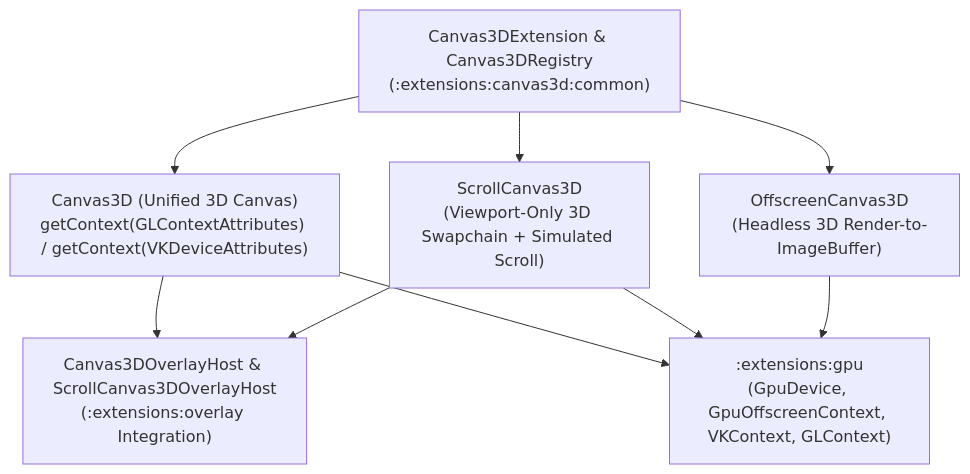
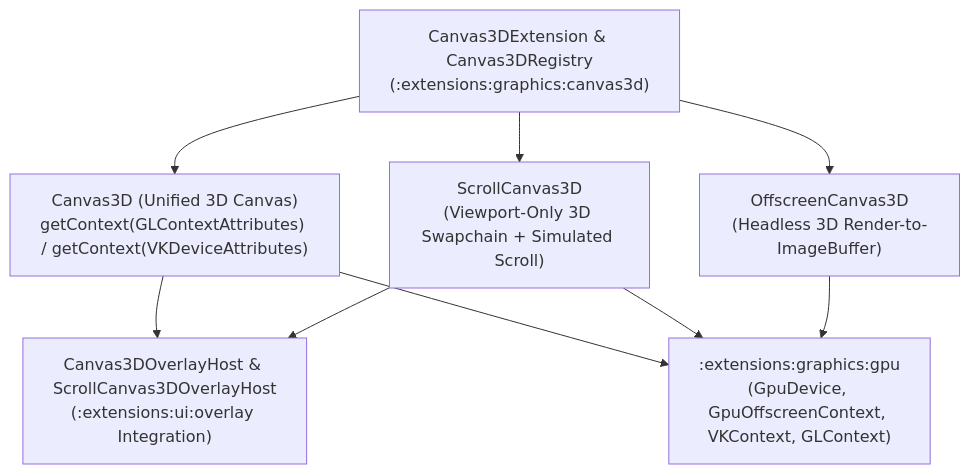
The diagram in docs/canvas3d.md (GenericUI/Extensions), drawn with Mermaid before and after one commit. The commit also changed other lines of this file and 309 other files, not shown here.

Commit message:
Add schema, serviceworker, and pip extensions, upgrade overlay and media codecs/settings/volume controls, and update docs

````diff
--- a/docs/canvas3d.md
+++ b/docs/canvas3d.md
@@ -11,18 +11,18 @@
 ```mermaid
 flowchart TD
-    Canvas3DExt["Canvas3DExtension & Canvas3DRegistry<br/>(:extensions:canvas3d:common)"]
+    Canvas3DExt["Canvas3DExtension & Canvas3DRegistry<br/>(:extensions:graphics:canvas3d)"]
     Canvas3D["Canvas3D (Unified 3D Canvas)<br/>getContext(GLContextAttributes) / getContext(VKDeviceAttributes)"]
     Scroll3D["ScrollCanvas3D<br/>(Viewport-Only 3D Swapchain + Simulated Scroll)"]
-    OverlayHosts["Canvas3DOverlayHost & ScrollCanvas3DOverlayHost<br/>(:extensions:overlay Integration)"]
+    OverlayHosts["Canvas3DOverlayHost & ScrollCanvas3DOverlayHost<br/>(:extensions:ui:overlay Integration)"]
     Offscreen["OffscreenCanvas3D<br/>(Headless 3D Render-to-ImageBuffer)"]
-    Gpu[":extensions:gpu<br/>(GpuDevice, GpuOffscreenContext, VKContext, GLContext)"]
+    Gpu[":extensions:graphics:gpu<br/>(GpuDevice, GpuOffscreenContext, VKContext, GLContext)"]
 
     Canvas3DExt --> Canvas3D
     Canvas3DExt --> Scroll3D
     Canvas3DExt --> Offscreen
     Canvas3D --> OverlayHosts
     Scroll3D --> OverlayHosts
     Canvas3D --> Gpu
     Scroll3D --> Gpu
     Offscreen --> Gpu
 ```
````
